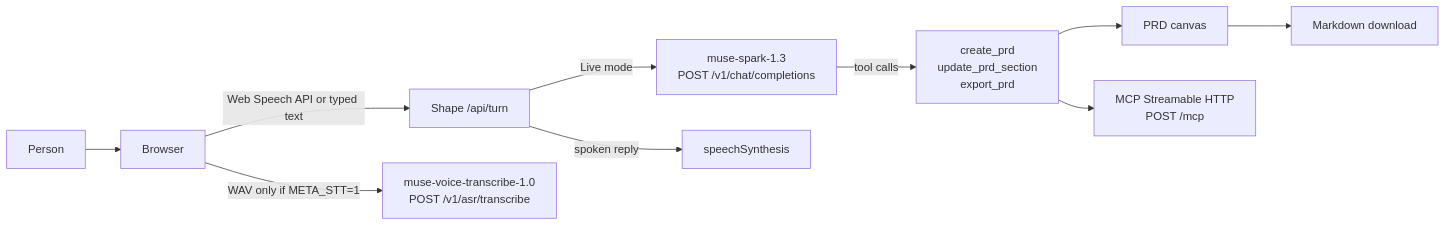
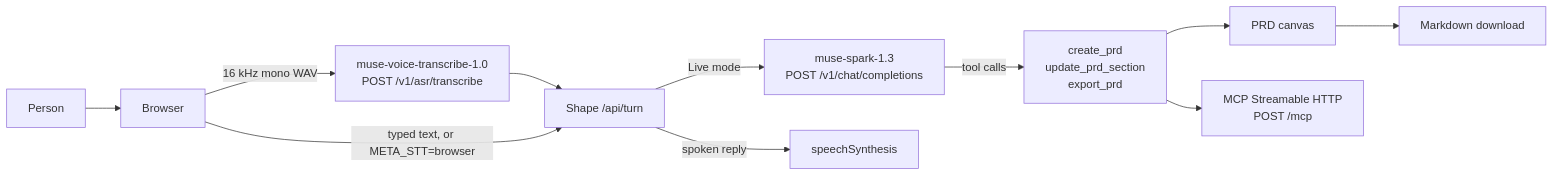
Before and after one commit to vinayguda/shape-voice-meta-hackathon: the diagram in README.md, drawn with Mermaid. The commit also changed other lines of this file and 9 other files, not shown here.

First line of the commit message:
Use Muse Voice Transcribe for the microphone.

````diff
--- a/README.md
+++ b/README.md
@@ -66,12 +68,13 @@
 ```mermaid
 flowchart LR
   person[Person] --> browser[Browser]
-  browser -->|"Web Speech API or typed text"| turn["Shape /api/turn"]
-  browser -->|"WAV only if META_STT=1"| stt["muse-voice-transcribe-1.0\nPOST /v1/asr/transcribe"]
+  browser -->|"16 kHz mono WAV"| stt["muse-voice-transcribe-1.0\nPOST /v1/asr/transcribe"]
+  stt --> turn["Shape /api/turn"]
+  browser -->|"typed text, or META_STT=browser"| turn
   turn -->|"Live mode"| spark["muse-spark-1.3\nPOST /v1/chat/completions"]
   spark -->|tool calls| tools["create_prd\nupdate_prd_section\nexport_prd"]
   tools --> canvas[PRD canvas]
   tools --> mcp["MCP Streamable HTTP\nPOST /mcp"]
   turn -->|spoken reply| voice[speechSynthesis]
   canvas --> file[Markdown download]
 ```
````
